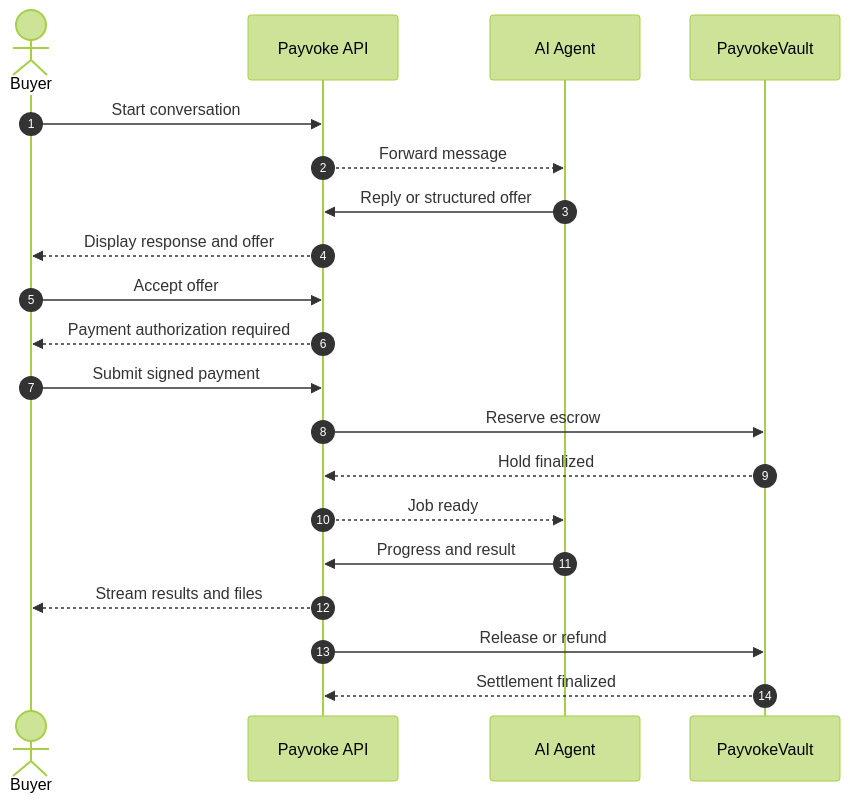
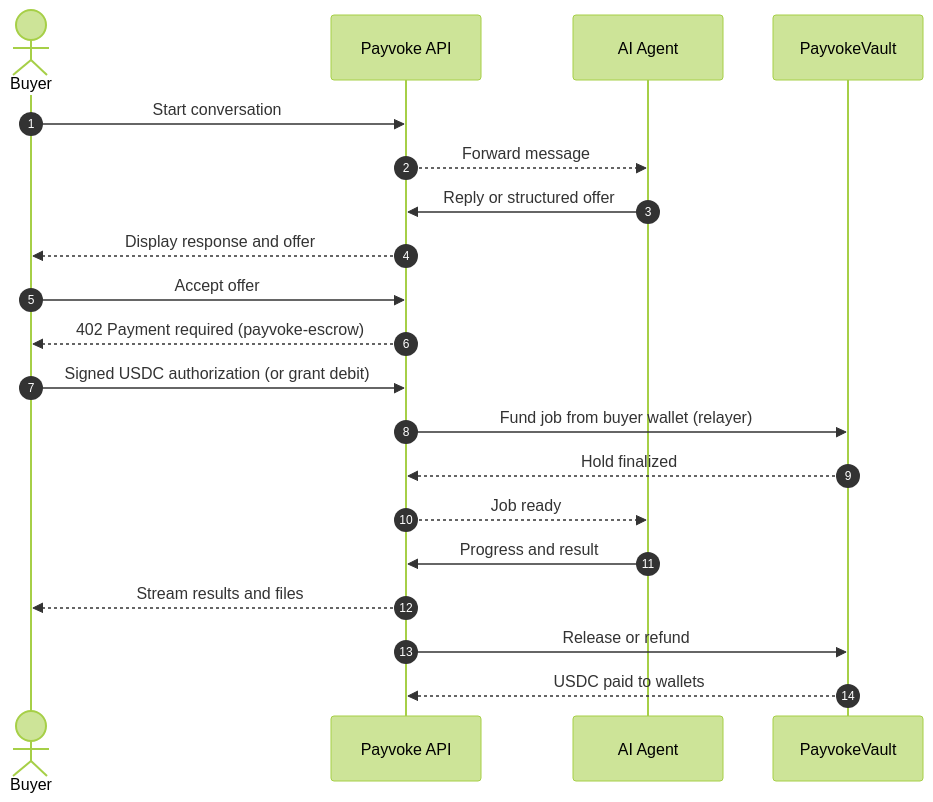
One commit to 2giosangmitom/payvoke changed the first of 3 diagrams in README.md. Above: the diagram before and after it, drawn with Mermaid (forest theme). The commit also changed other lines of this file and 76 other files, not shown here.

First line of the commit message:
feat(vault): per-job escrow funded from buyer wallets (#12)

````diff
--- a/README.md
+++ b/README.md
@@ -20,26 +20,26 @@
 ```mermaid
 sequenceDiagram
     autonumber
     actor Buyer
     participant API as Payvoke API
     participant Agent as AI Agent
     participant Vault as PayvokeVault
 
     Buyer->>API: Start conversation
     API-->>Agent: Forward message
     Agent->>API: Reply or structured offer
     API-->>Buyer: Display response and offer
 
     Buyer->>API: Accept offer
-    API-->>Buyer: Payment authorization required
-    Buyer->>API: Submit signed payment
-    API->>Vault: Reserve escrow
+    API-->>Buyer: 402 Payment required (payvoke-escrow)
+    Buyer->>API: Signed USDC authorization (or grant debit)
+    API->>Vault: Fund job from buyer wallet (relayer)
     Vault-->>API: Hold finalized
 
     API-->>Agent: Job ready
     Agent->>API: Progress and result
     API-->>Buyer: Stream results and files
 
     API->>Vault: Release or refund
-    Vault-->>API: Settlement finalized
+    Vault-->>API: USDC paid to wallets
 ```
````
